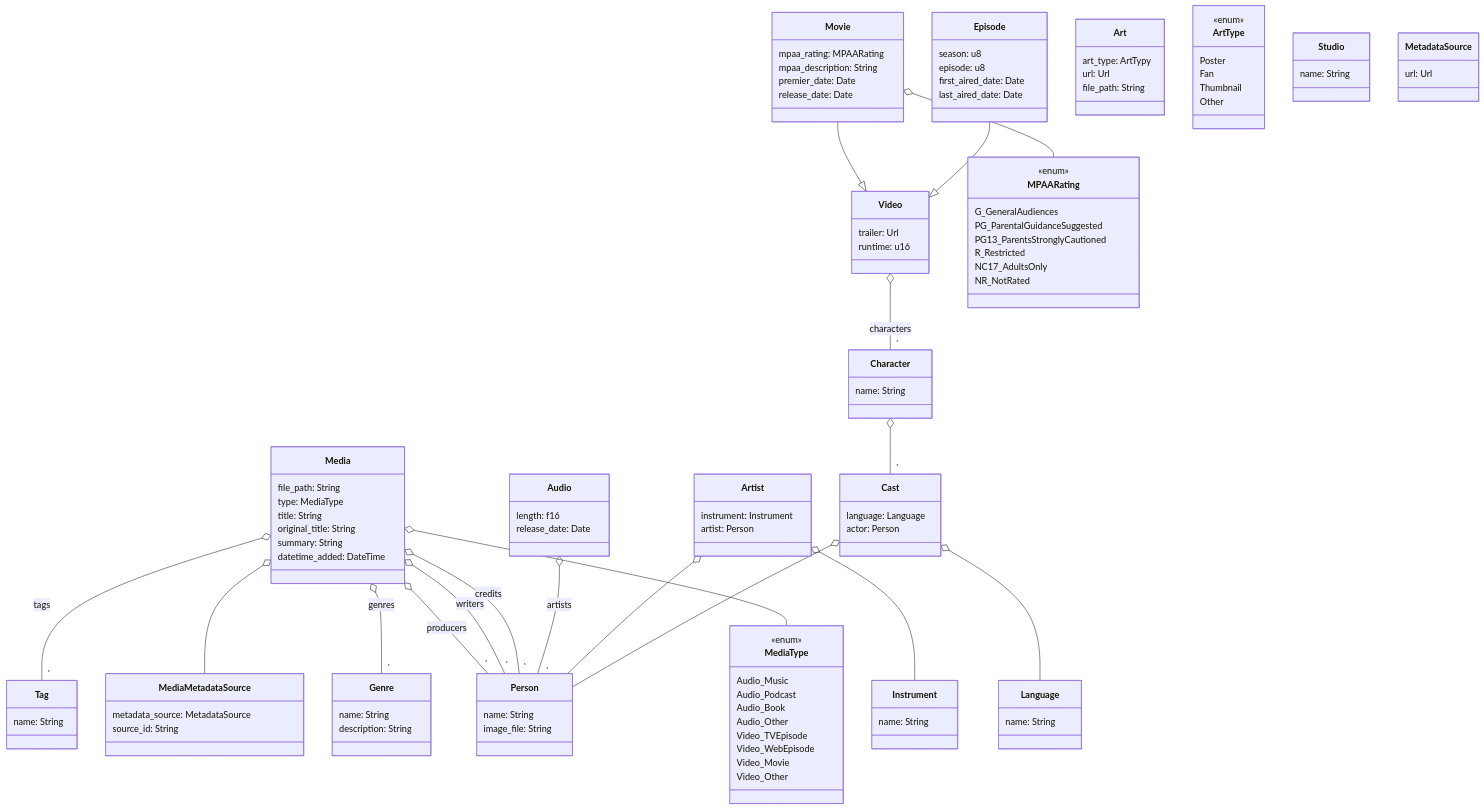
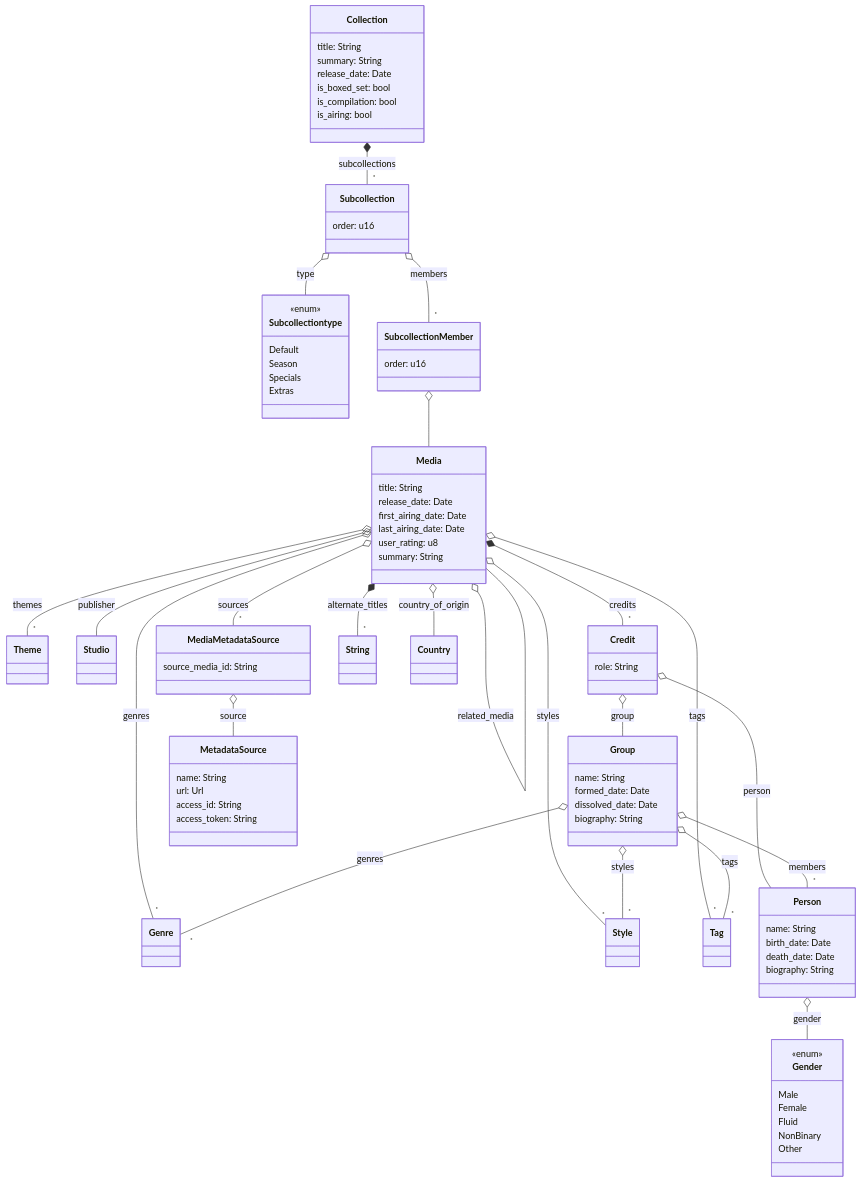
The diagram in docs/Design.md (JEleniel/conte-curator), drawn with Mermaid before and after one commit.

Commit message:
Refactored designs

````diff
--- a/docs/Design.md
+++ b/docs/Design.md
@@ -3,137 +3,96 @@
 ```mermaid
 classDiagram
-	class Media {
-		file_path: String
-		type: MediaType
+	class Collection {
 		title: String
-		original_title: String
 		summary: String
-		datetime_added: DateTime
+		release_date: Date
+		is_boxed_set: bool
+		is_compilation: bool
+		is_airing: bool
 	}
-	Media o-- MediaType
-	Media o--"*" Genre: genres
-	Media o--"*" Person: producers
-	Media o--"*" Person: writers
-	Media o--"*" Person: credits
-	Media o-- MediaMetadataSource
-	Media o--"*" Tag: tags
+	Collection *--"*" Subcollection: subcollections
 
-	class MediaMetadataSource {
-		metadata_source: MetadataSource
-		source_id: String
+	class Subcollection {
+		order: u16
+	}
+	Subcollection o-- Subcollectiontype: type
+	Subcollection o--"*" SubcollectionMember: members
+
+	class SubcollectionMember {
+		order: u16
+	}
+	SubcollectionMember o-- Media
+
+	class Subcollectiontype {
+		<<enum>>
+		Default
+		Season
+		Specials
+		Extras
 	}
 
-	class Audio {
-		length: f16
-		release_date: Date	
+	class Media {
+		title: String
+		release_date: Date
+		first_airing_date: Date
+		last_airing_date: Date
+		user_rating: u8
+		summary: String
 	}
-	Audio o--"*" Person: artists
+	Media o--"*" Genre: genres
+	Media o--"*" Style: styles
+	Media o--"*" Tag: tags
+	Media o--"*" Theme: themes
+	Media o-- Studio: publisher
+	Media *--"*" Credit: credits
+	Media o--"*" MediaMetadataSource: sources
+	Media *--"*" String: alternate_titles
+	Media o-- Country: country_of_origin
+	Media o-- Media: related_media
 
-	class Video {
-		trailer: Url
-		runtime: u16
+	class Credit {
+		role: String
 	}
-	Video o--"*" Character: characters
+	Credit o-- Group: group
+	Credit o-- Person: person
 
-	class Movie {
-		mpaa_rating: MPAARating
-		mpaa_description: String
-		premier_date: Date
-		release_date: Date	
+	class Group {
+		name: String
+		formed_date: Date
+		dissolved_date: Date
+		biography: String
 	}
-	Movie --|> Video
-	Movie o-- MPAARating
-
-	class Episode {
-		season: u8
-		episode: u8
-		first_aired_date: Date
-		last_aired_date: Date
-	}
-	Episode --|> Video
-
-	class Art {
-		art_type: ArtTypy
-		url: Url
-		file_path: String
-	}
-
-	class ArtType {
-		<<enum>>
-		Poster
-		Fan
-		Thumbnail
-		Other
-	}
-
-	class Tag {
-		name: String
-	}
-
-	class Studio {
-		name: String
-	}
-
-	class MPAARating {
-		<<enum>>
-		G_GeneralAudiences
-		PG_ParentalGuidanceSuggested
-		PG13_ParentsStronglyCautioned
-		R_Restricted
-		NC17_AdultsOnly
-		NR_NotRated
-	}
-
-	class Artist {
-		instrument: Instrument
-		artist: Person
-	}
-	Artist o-- Instrument
-	Artist o-- Person
-
-	class Instrument {
-		name: String
-	}
-
-	class Character {
-		name: String
-	}
-	Character o--"*" Cast
-
-	class Cast {
-		language: Language
-		actor: Person
-	}
-	Cast o-- Language
-	Cast o-- Person
-
-	class Language {
-		name: String
-	}
+	Group o--"*" Person: members
+	Group o--"*" Genre: genres
+	Group o--"*" Style: styles
+	Group o--"*" Tag: tags
 
 	class Person {
 		name: String
-		image_file: String
+		birth_date: Date
+		death_date: Date
+		biography: String
+	}
+	Person o-- Gender: gender
+
+	class MetadataSource {
+		name: String
+		url: Url
+		access_id: String
+		access_token: String
 	}
 
-	class Genre {
-		name: String
-		description: String
+	class MediaMetadataSource {
+		source_media_id: String
 	}
+	MediaMetadataSource o-- MetadataSource: source
 
-	class MediaType {
+	class Gender {
 		<<enum>>
-		Audio_Music
-		Audio_Podcast
-		Audio_Book
-		Audio_Other
-		Video_TVEpisode
-		Video_WebEpisode
-		Video_Movie
-		Video_Other
-	}
-
-	class MetadataSource {
-		url: Url
+		Male
+		Female
+		Fluid
+		NonBinary
+		Other
 	}
 ```
````
